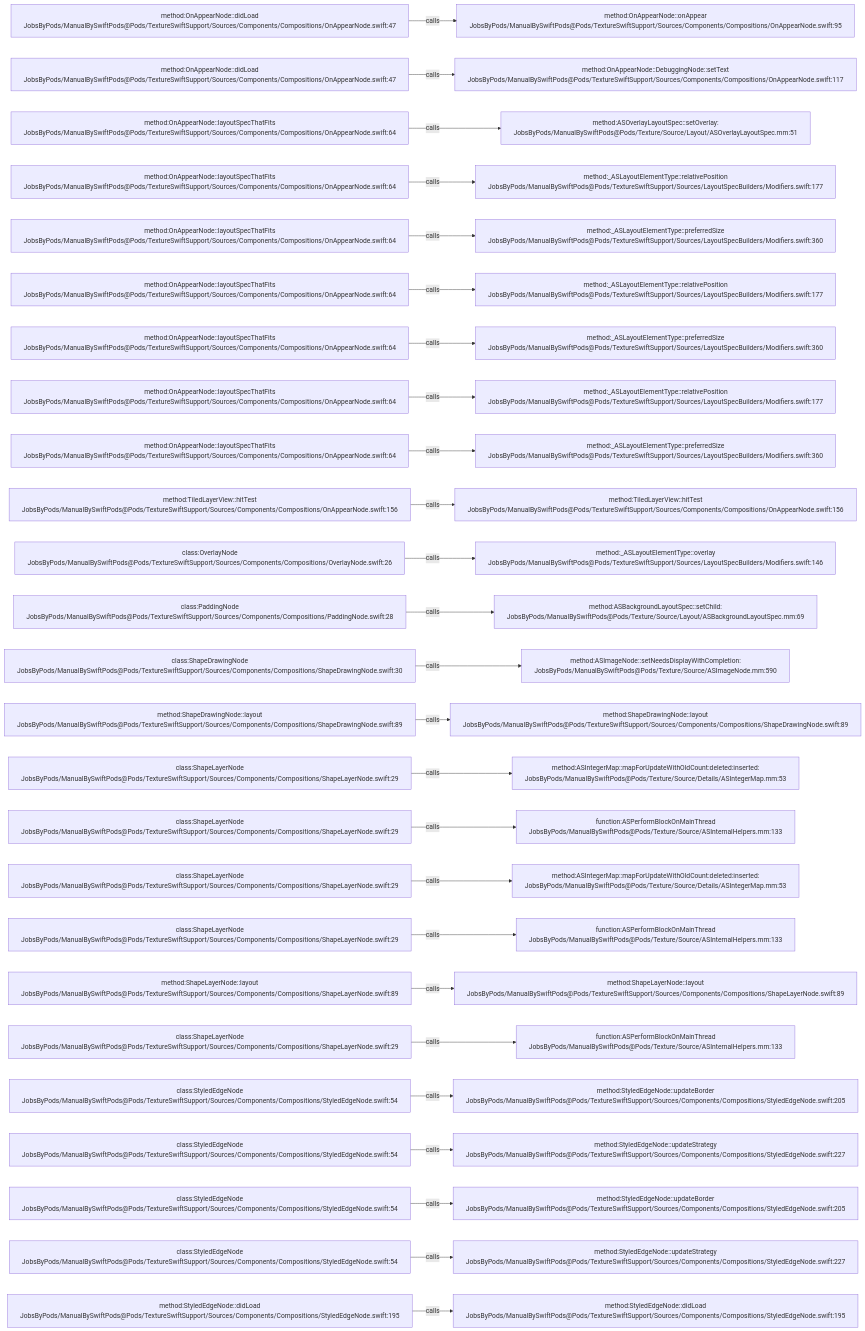
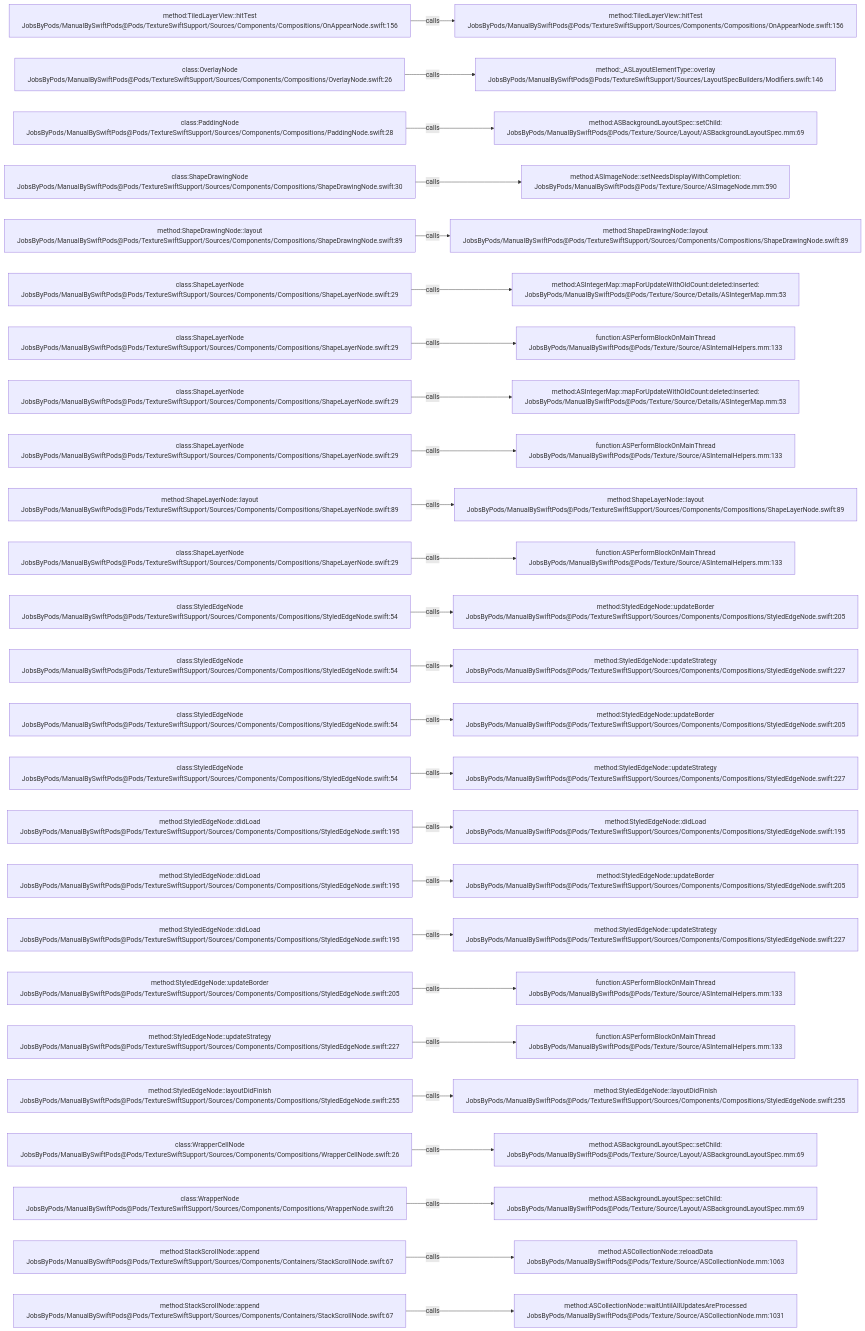
One commit to JobsKits/JobsSwiftBaseConfigDemo changed the diagram in .codegraph/codegraph.md/graphs/calls-154.md. Above: the diagram before and after it, drawn with Mermaid. The commit also changed 707 other files, not shown here.

````diff
--- a/.codegraph/codegraph.md/graphs/calls-154.md
+++ b/.codegraph/codegraph.md/graphs/calls-154.md
@@ -13,78 +13,78 @@
 ```mermaid
 flowchart LR
-  S1["method:OnAppearNode::didLoad<br/>JobsByPods/ManualBySwiftPods@Pods/TextureSwiftSupport/Sources/Components/Compositions/OnAppearNode.swift:47"]
-  T1["method:OnAppearNode::onAppear<br/>JobsByPods/ManualBySwiftPods@Pods/TextureSwiftSupport/Sources/Components/Compositions/OnAppearNode.swift:95"]
+  S1["method:TiledLayerView::hitTest<br/>JobsByPods/ManualBySwiftPods@Pods/TextureSwiftSupport/Sources/Components/Compositions/OnAppearNode.swift:156"]
+  T1["method:TiledLayerView::hitTest<br/>JobsByPods/ManualBySwiftPods@Pods/TextureSwiftSupport/Sources/Components/Compositions/OnAppearNode.swift:156"]
   S1 -->|calls| T1
-  S2["method:OnAppearNode::didLoad<br/>JobsByPods/ManualBySwiftPods@Pods/TextureSwiftSupport/Sources/Components/Compositions/OnAppearNode.swift:47"]
-  T2["method:OnAppearNode::DebuggingNode::setText<br/>JobsByPods/ManualBySwiftPods@Pods/TextureSwiftSupport/Sources/Components/Compositions/OnAppearNode.swift:117"]
+  S2["class:OverlayNode<br/>JobsByPods/ManualBySwiftPods@Pods/TextureSwiftSupport/Sources/Components/Compositions/OverlayNode.swift:26"]
+  T2["method:_ASLayoutElementType::overlay<br/>JobsByPods/ManualBySwiftPods@Pods/TextureSwiftSupport/Sources/LayoutSpecBuilders/Modifiers.swift:146"]
   S2 -->|calls| T2
-  S3["method:OnAppearNode::layoutSpecThatFits<br/>JobsByPods/ManualBySwiftPods@Pods/TextureSwiftSupport/Sources/Components/Compositions/OnAppearNode.swift:64"]
-  T3["method:ASOverlayLayoutSpec::setOverlay:<br/>JobsByPods/ManualBySwiftPods@Pods/Texture/Source/Layout/ASOverlayLayoutSpec.mm:51"]
+  S3["class:PaddingNode<br/>JobsByPods/ManualBySwiftPods@Pods/TextureSwiftSupport/Sources/Components/Compositions/PaddingNode.swift:28"]
+  T3["method:ASBackgroundLayoutSpec::setChild:<br/>JobsByPods/ManualBySwiftPods@Pods/Texture/Source/Layout/ASBackgroundLayoutSpec.mm:69"]
   S3 -->|calls| T3
-  S4["method:OnAppearNode::layoutSpecThatFits<br/>JobsByPods/ManualBySwiftPods@Pods/TextureSwiftSupport/Sources/Components/Compositions/OnAppearNode.swift:64"]
-  T4["method:_ASLayoutElementType::relativePosition<br/>JobsByPods/ManualBySwiftPods@Pods/TextureSwiftSupport/Sources/LayoutSpecBuilders/Modifiers.swift:177"]
+  S4["class:ShapeDrawingNode<br/>JobsByPods/ManualBySwiftPods@Pods/TextureSwiftSupport/Sources/Components/Compositions/ShapeDrawingNode.swift:30"]
+  T4["method:ASImageNode::setNeedsDisplayWithCompletion:<br/>JobsByPods/ManualBySwiftPods@Pods/Texture/Source/ASImageNode.mm:590"]
   S4 -->|calls| T4
-  S5["method:OnAppearNode::layoutSpecThatFits<br/>JobsByPods/ManualBySwiftPods@Pods/TextureSwiftSupport/Sources/Components/Compositions/OnAppearNode.swift:64"]
-  T5["method:_ASLayoutElementType::preferredSize<br/>JobsByPods/ManualBySwiftPods@Pods/TextureSwiftSupport/Sources/LayoutSpecBuilders/Modifiers.swift:360"]
+  S5["method:ShapeDrawingNode::layout<br/>JobsByPods/ManualBySwiftPods@Pods/TextureSwiftSupport/Sources/Components/Compositions/ShapeDrawingNode.swift:89"]
+  T5["method:ShapeDrawingNode::layout<br/>JobsByPods/ManualBySwiftPods@Pods/TextureSwiftSupport/Sources/Components/Compositions/ShapeDrawingNode.swift:89"]
   S5 -->|calls| T5
-  S6["method:OnAppearNode::layoutSpecThatFits<br/>JobsByPods/ManualBySwiftPods@Pods/TextureSwiftSupport/Sources/Components/Compositions/OnAppearNode.swift:64"]
-  T6["method:_ASLayoutElementType::relativePosition<br/>JobsByPods/ManualBySwiftPods@Pods/TextureSwiftSupport/Sources/LayoutSpecBuilders/Modifiers.swift:177"]
+  S6["class:ShapeLayerNode<br/>JobsByPods/ManualBySwiftPods@Pods/TextureSwiftSupport/Sources/Components/Compositions/ShapeLayerNode.swift:29"]
+  T6["method:ASIntegerMap::mapForUpdateWithOldCount:deleted:inserted:<br/>JobsByPods/ManualBySwiftPods@Pods/Texture/Source/Details/ASIntegerMap.mm:53"]
   S6 -->|calls| T6
-  S7["method:OnAppearNode::layoutSpecThatFits<br/>JobsByPods/ManualBySwiftPods@Pods/TextureSwiftSupport/Sources/Components/Compositions/OnAppearNode.swift:64"]
-  T7["method:_ASLayoutElementType::preferredSize<br/>JobsByPods/ManualBySwiftPods@Pods/TextureSwiftSupport/Sources/LayoutSpecBuilders/Modifiers.swift:360"]
+  S7["class:ShapeLayerNode<br/>JobsByPods/ManualBySwiftPods@Pods/TextureSwiftSupport/Sources/Components/Compositions/ShapeLayerNode.swift:29"]
+  T7["function:ASPerformBlockOnMainThread<br/>JobsByPods/ManualBySwiftPods@Pods/Texture/Source/ASInternalHelpers.mm:133"]
   S7 -->|calls| T7
-  S8["method:OnAppearNode::layoutSpecThatFits<br/>JobsByPods/ManualBySwiftPods@Pods/TextureSwiftSupport/Sources/Components/Compositions/OnAppearNode.swift:64"]
-  T8["method:_ASLayoutElementType::relativePosition<br/>JobsByPods/ManualBySwiftPods@Pods/TextureSwiftSupport/Sources/LayoutSpecBuilders/Modifiers.swift:177"]
+  S8["class:ShapeLayerNode<br/>JobsByPods/ManualBySwiftPods@Pods/TextureSwiftSupport/Sources/Components/Compositions/ShapeLayerNode.swift:29"]
+  T8["method:ASIntegerMap::mapForUpdateWithOldCount:deleted:inserted:<br/>JobsByPods/ManualBySwiftPods@Pods/Texture/Source/Details/ASIntegerMap.mm:53"]
   S8 -->|calls| T8
-  S9["method:OnAppearNode::layoutSpecThatFits<br/>JobsByPods/ManualBySwiftPods@Pods/TextureSwiftSupport/Sources/Components/Compositions/OnAppearNode.swift:64"]
-  T9["method:_ASLayoutElementType::preferredSize<br/>JobsByPods/ManualBySwiftPods@Pods/TextureSwiftSupport/Sources/LayoutSpecBuilders/Modifiers.swift:360"]
+  S9["class:ShapeLayerNode<br/>JobsByPods/ManualBySwiftPods@Pods/TextureSwiftSupport/Sources/Components/Compositions/ShapeLayerNode.swift:29"]
+  T9["function:ASPerformBlockOnMainThread<br/>JobsByPods/ManualBySwiftPods@Pods/Texture/Source/ASInternalHelpers.mm:133"]
   S9 -->|calls| T9
-  S10["method:TiledLayerView::hitTest<br/>JobsByPods/ManualBySwiftPods@Pods/TextureSwiftSupport/Sources/Components/Compositions/OnAppearNode.swift:156"]
-  T10["method:TiledLayerView::hitTest<br/>JobsByPods/ManualBySwiftPods@Pods/TextureSwiftSupport/Sources/Components/Compositions/OnAppearNode.swift:156"]
+  S10["method:ShapeLayerNode::layout<br/>JobsByPods/ManualBySwiftPods@Pods/TextureSwiftSupport/Sources/Components/Compositions/ShapeLayerNode.swift:89"]
+  T10["method:ShapeLayerNode::layout<br/>JobsByPods/ManualBySwiftPods@Pods/TextureSwiftSupport/Sources/Components/Compositions/ShapeLayerNode.swift:89"]
   S10 -->|calls| T10
-  S11["class:OverlayNode<br/>JobsByPods/ManualBySwiftPods@Pods/TextureSwiftSupport/Sources/Components/Compositions/OverlayNode.swift:26"]
-  T11["method:_ASLayoutElementType::overlay<br/>JobsByPods/ManualBySwiftPods@Pods/TextureSwiftSupport/Sources/LayoutSpecBuilders/Modifiers.swift:146"]
+  S11["class:ShapeLayerNode<br/>JobsByPods/ManualBySwiftPods@Pods/TextureSwiftSupport/Sources/Components/Compositions/ShapeLayerNode.swift:29"]
+  T11["function:ASPerformBlockOnMainThread<br/>JobsByPods/ManualBySwiftPods@Pods/Texture/Source/ASInternalHelpers.mm:133"]
   S11 -->|calls| T11
-  S12["class:PaddingNode<br/>JobsByPods/ManualBySwiftPods@Pods/TextureSwiftSupport/Sources/Components/Compositions/PaddingNode.swift:28"]
-  T12["method:ASBackgroundLayoutSpec::setChild:<br/>JobsByPods/ManualBySwiftPods@Pods/Texture/Source/Layout/ASBackgroundLayoutSpec.mm:69"]
+  S12["class:StyledEdgeNode<br/>JobsByPods/ManualBySwiftPods@Pods/TextureSwiftSupport/Sources/Components/Compositions/StyledEdgeNode.swift:54"]
+  T12["method:StyledEdgeNode::updateBorder<br/>JobsByPods/ManualBySwiftPods@Pods/TextureSwiftSupport/Sources/Components/Compositions/StyledEdgeNode.swift:205"]
   S12 -->|calls| T12
-  S13["class:ShapeDrawingNode<br/>JobsByPods/ManualBySwiftPods@Pods/TextureSwiftSupport/Sources/Components/Compositions/ShapeDrawingNode.swift:30"]
-  T13["method:ASImageNode::setNeedsDisplayWithCompletion:<br/>JobsByPods/ManualBySwiftPods@Pods/Texture/Source/ASImageNode.mm:590"]
+  S13["class:StyledEdgeNode<br/>JobsByPods/ManualBySwiftPods@Pods/TextureSwiftSupport/Sources/Components/Compositions/StyledEdgeNode.swift:54"]
+  T13["method:StyledEdgeNode::updateStrategy<br/>JobsByPods/ManualBySwiftPods@Pods/TextureSwiftSupport/Sources/Components/Compositions/StyledEdgeNode.swift:227"]
   S13 -->|calls| T13
-  S14["method:ShapeDrawingNode::layout<br/>JobsByPods/ManualBySwiftPods@Pods/TextureSwiftSupport/Sources/Components/Compositions/ShapeDrawingNode.swift:89"]
-  T14["method:ShapeDrawingNode::layout<br/>JobsByPods/ManualBySwiftPods@Pods/TextureSwiftSupport/Sources/Components/Compositions/ShapeDrawingNode.swift:89"]
+  S14["class:StyledEdgeNode<br/>JobsByPods/ManualBySwiftPods@Pods/TextureSwiftSupport/Sources/Components/Compositions/StyledEdgeNode.swift:54"]
+  T14["method:StyledEdgeNode::updateBorder<br/>JobsByPods/ManualBySwiftPods@Pods/TextureSwiftSupport/Sources/Components/Compositions/StyledEdgeNode.swift:205"]
   S14 -->|calls| T14
-  S15["class:ShapeLayerNode<br/>JobsByPods/ManualBySwiftPods@Pods/TextureSwiftSupport/Sources/Components/Compositions/ShapeLayerNode.swift:29"]
-  T15["method:ASIntegerMap::mapForUpdateWithOldCount:deleted:inserted:<br/>JobsByPods/ManualBySwiftPods@Pods/Texture/Source/Details/ASIntegerMap.mm:53"]
+  S15["class:StyledEdgeNode<br/>JobsByPods/ManualBySwiftPods@Pods/TextureSwiftSupport/Sources/Components/Compositions/StyledEdgeNode.swift:54"]
+  T15["method:StyledEdgeNode::updateStrategy<br/>JobsByPods/ManualBySwiftPods@Pods/TextureSwiftSupport/Sources/Components/Compositions/StyledEdgeNode.swift:227"]
   S15 -->|calls| T15
-  S16["class:ShapeLayerNode<br/>JobsByPods/ManualBySwiftPods@Pods/TextureSwiftSupport/Sources/Components/Compositions/ShapeLayerNode.swift:29"]
-  T16["function:ASPerformBlockOnMainThread<br/>JobsByPods/ManualBySwiftPods@Pods/Texture/Source/ASInternalHelpers.mm:133"]
+  S16["method:StyledEdgeNode::didLoad<br/>JobsByPods/ManualBySwiftPods@Pods/TextureSwiftSupport/Sources/Components/Compositions/StyledEdgeNode.swift:195"]
+  T16["method:StyledEdgeNode::didLoad<br/>JobsByPods/ManualBySwiftPods@Pods/TextureSwiftSupport/Sources/Components/Compositions/StyledEdgeNode.swift:195"]
   S16 -->|calls| T16
-  S17["class:ShapeLayerNode<br/>JobsByPods/ManualBySwiftPods@Pods/TextureSwiftSupport/Sources/Components/Compositions/ShapeLayerNode.swift:29"]
-  T17["method:ASIntegerMap::mapForUpdateWithOldCount:deleted:inserted:<br/>JobsByPods/ManualBySwiftPods@Pods/Texture/Source/Details/ASIntegerMap.mm:53"]
+  S17["method:StyledEdgeNode::didLoad<br/>JobsByPods/ManualBySwiftPods@Pods/TextureSwiftSupport/Sources/Components/Compositions/StyledEdgeNode.swift:195"]
+  T17["method:StyledEdgeNode::updateBorder<br/>JobsByPods/ManualBySwiftPods@Pods/TextureSwiftSupport/Sources/Components/Compositions/StyledEdgeNode.swift:205"]
   S17 -->|calls| T17
-  S18["class:ShapeLayerNode<br/>JobsByPods/ManualBySwiftPods@Pods/TextureSwiftSupport/Sources/Components/Compositions/ShapeLayerNode.swift:29"]
-  T18["function:ASPerformBlockOnMainThread<br/>JobsByPods/ManualBySwiftPods@Pods/Texture/Source/ASInternalHelpers.mm:133"]
+  S18["method:StyledEdgeNode::didLoad<br/>JobsByPods/ManualBySwiftPods@Pods/TextureSwiftSupport/Sources/Components/Compositions/StyledEdgeNode.swift:195"]
+  T18["method:StyledEdgeNode::updateStrategy<br/>JobsByPods/ManualBySwiftPods@Pods/TextureSwiftSupport/Sources/Components/Compositions/StyledEdgeNode.swift:227"]
   S18 -->|calls| T18
-  S19["method:ShapeLayerNode::layout<br/>JobsByPods/ManualBySwiftPods@Pods/TextureSwiftSupport/Sources/Components/Compositions/ShapeLayerNode.swift:89"]
-  T19["method:ShapeLayerNode::layout<br/>JobsByPods/ManualBySwiftPods@Pods/TextureSwiftSupport/Sources/Components/Compositions/ShapeLayerNode.swift:89"]
+  S19["method:StyledEdgeNode::updateBorder<br/>JobsByPods/ManualBySwiftPods@Pods/TextureSwiftSupport/Sources/Components/Compositions/StyledEdgeNode.swift:205"]
+  T19["function:ASPerformBlockOnMainThread<br/>JobsByPods/ManualBySwiftPods@Pods/Texture/Source/ASInternalHelpers.mm:133"]
   S19 -->|calls| T19
-  S20["class:ShapeLayerNode<br/>JobsByPods/ManualBySwiftPods@Pods/TextureSwiftSupport/Sources/Components/Compositions/ShapeLayerNode.swift:29"]
+  S20["method:StyledEdgeNode::updateStrategy<br/>JobsByPods/ManualBySwiftPods@Pods/TextureSwiftSupport/Sources/Components/Compositions/StyledEdgeNode.swift:227"]
   T20["function:ASPerformBlockOnMainThread<br/>JobsByPods/ManualBySwiftPods@Pods/Texture/Source/ASInternalHelpers.mm:133"]
   S20 -->|calls| T20
-  S21["class:StyledEdgeNode<br/>JobsByPods/ManualBySwiftPods@Pods/TextureSwiftSupport/Sources/Components/Compositions/StyledEdgeNode.swift:54"]
-  T21["method:StyledEdgeNode::updateBorder<br/>JobsByPods/ManualBySwiftPods@Pods/TextureSwiftSupport/Sources/Components/Compositions/StyledEdgeNode.swift:205"]
+  S21["method:StyledEdgeNode::layoutDidFinish<br/>JobsByPods/ManualBySwiftPods@Pods/TextureSwiftSupport/Sources/Components/Compositions/StyledEdgeNode.swift:255"]
+  T21["method:StyledEdgeNode::layoutDidFinish<br/>JobsByPods/ManualBySwiftPods@Pods/TextureSwiftSupport/Sources/Components/Compositions/StyledEdgeNode.swift:255"]
   S21 -->|calls| T21
-  S22["class:StyledEdgeNode<br/>JobsByPods/ManualBySwiftPods@Pods/TextureSwiftSupport/Sources/Components/Compositions/StyledEdgeNode.swift:54"]
-  T22["method:StyledEdgeNode::updateStrategy<br/>JobsByPods/ManualBySwiftPods@Pods/TextureSwiftSupport/Sources/Components/Compositions/StyledEdgeNode.swift:227"]
+  S22["class:WrapperCellNode<br/>JobsByPods/ManualBySwiftPods@Pods/TextureSwiftSupport/Sources/Components/Compositions/WrapperCellNode.swift:26"]
+  T22["method:ASBackgroundLayoutSpec::setChild:<br/>JobsByPods/ManualBySwiftPods@Pods/Texture/Source/Layout/ASBackgroundLayoutSpec.mm:69"]
   S22 -->|calls| T22
-  S23["class:StyledEdgeNode<br/>JobsByPods/ManualBySwiftPods@Pods/TextureSwiftSupport/Sources/Components/Compositions/StyledEdgeNode.swift:54"]
-  T23["method:StyledEdgeNode::updateBorder<br/>JobsByPods/ManualBySwiftPods@Pods/TextureSwiftSupport/Sources/Components/Compositions/StyledEdgeNode.swift:205"]
+  S23["class:WrapperNode<br/>JobsByPods/ManualBySwiftPods@Pods/TextureSwiftSupport/Sources/Components/Compositions/WrapperNode.swift:26"]
+  T23["method:ASBackgroundLayoutSpec::setChild:<br/>JobsByPods/ManualBySwiftPods@Pods/Texture/Source/Layout/ASBackgroundLayoutSpec.mm:69"]
   S23 -->|calls| T23
-  S24["class:StyledEdgeNode<br/>JobsByPods/ManualBySwiftPods@Pods/TextureSwiftSupport/Sources/Components/Compositions/StyledEdgeNode.swift:54"]
-  T24["method:StyledEdgeNode::updateStrategy<br/>JobsByPods/ManualBySwiftPods@Pods/TextureSwiftSupport/Sources/Components/Compositions/StyledEdgeNode.swift:227"]
+  S24["method:StackScrollNode::append<br/>JobsByPods/ManualBySwiftPods@Pods/TextureSwiftSupport/Sources/Components/Containers/StackScrollNode.swift:67"]
+  T24["method:ASCollectionNode::reloadData<br/>JobsByPods/ManualBySwiftPods@Pods/Texture/Source/ASCollectionNode.mm:1063"]
   S24 -->|calls| T24
-  S25["method:StyledEdgeNode::didLoad<br/>JobsByPods/ManualBySwiftPods@Pods/TextureSwiftSupport/Sources/Components/Compositions/StyledEdgeNode.swift:195"]
-  T25["method:StyledEdgeNode::didLoad<br/>JobsByPods/ManualBySwiftPods@Pods/TextureSwiftSupport/Sources/Components/Compositions/StyledEdgeNode.swift:195"]
+  S25["method:StackScrollNode::append<br/>JobsByPods/ManualBySwiftPods@Pods/TextureSwiftSupport/Sources/Components/Containers/StackScrollNode.swift:67"]
+  T25["method:ASCollectionNode::waitUntilAllUpdatesAreProcessed<br/>JobsByPods/ManualBySwiftPods@Pods/Texture/Source/ASCollectionNode.mm:1031"]
   S25 -->|calls| T25
 ```
````
